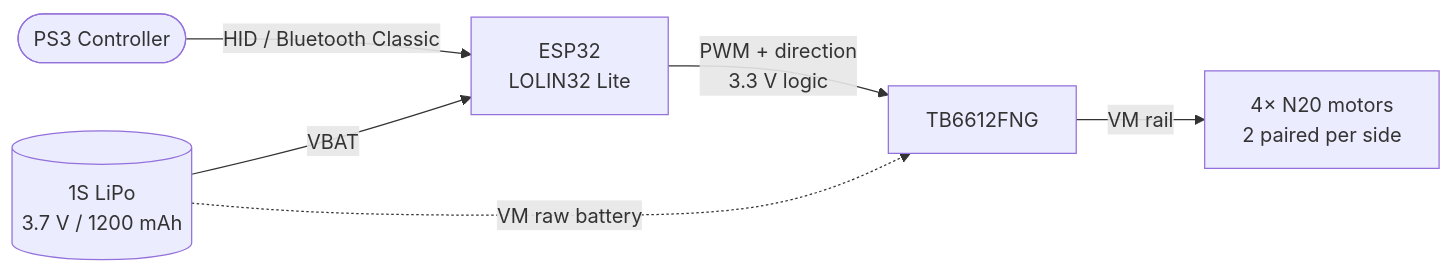
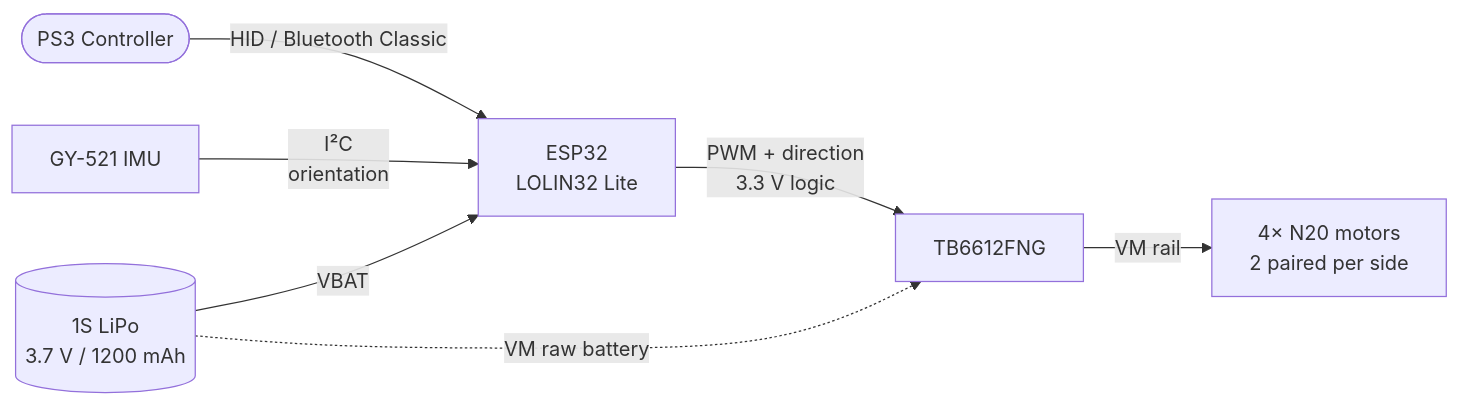
The first of 2 diagrams in README.md (wouterds/minibot), drawn with Mermaid before and after one commit. The commit also changed other lines of this file, not shown here.

Commit message:
docs: add IMU to overview, wiring table, parts list, and system diagram

````diff
--- a/README.md
+++ b/README.md
@@ -18,8 +19,9 @@
 ```mermaid
 flowchart LR
     PS3([PS3 Controller]) -->|HID / Bluetooth Classic| ESP[ESP32<br/>LOLIN32 Lite]
+    IMU[GY-521 IMU] -->|I²C<br/>orientation| ESP
     ESP -->|PWM + direction<br/>3.3 V logic| DRV[TB6612FNG]
     DRV -->|VM rail| MOT[4× N20 motors<br/>2 paired per side]
     BAT[(1S LiPo<br/>3.7 V / 1200 mAh)] -->|VBAT| ESP
     BAT -.->|VM raw battery| DRV
 ```
````
